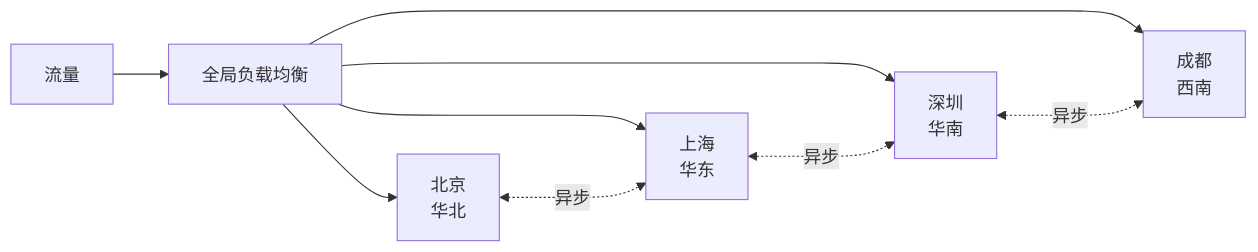
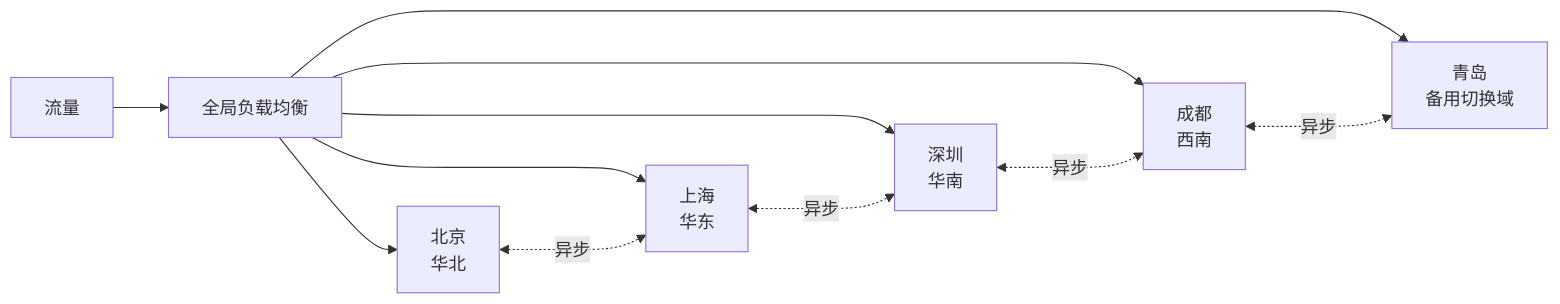
Before and after one commit to tghrxxxyyy/knowledge-base: the third of 7 diagrams in 架构/容灾多活与异地多中心架构.md, drawn with Mermaid. The commit also changed other lines of this file and 8 other files, not shown here.

````diff
--- a/架构/容灾多活与异地多中心架构.md
+++ b/架构/容灾多活与异地多中心架构.md
@@ -66,11 +66,13 @@
 ```mermaid
 graph LR
     TRAF[流量] --> GSLB[全局负载均衡]
     GSLB --> BJ[北京<br/>华北]
     GSLB --> SH[上海<br/>华东]
     GSLB --> SZ[深圳<br/>华南]
     GSLB --> CD[成都<br/>西南]
+    GSLB --> QD[青岛<br/>备用切换域]
     BJ <-..->|异步| SH
     SH <-..->|异步| SZ
     SZ <-..->|异步| CD
+    CD <-..->|异步| QD
 ```
````
